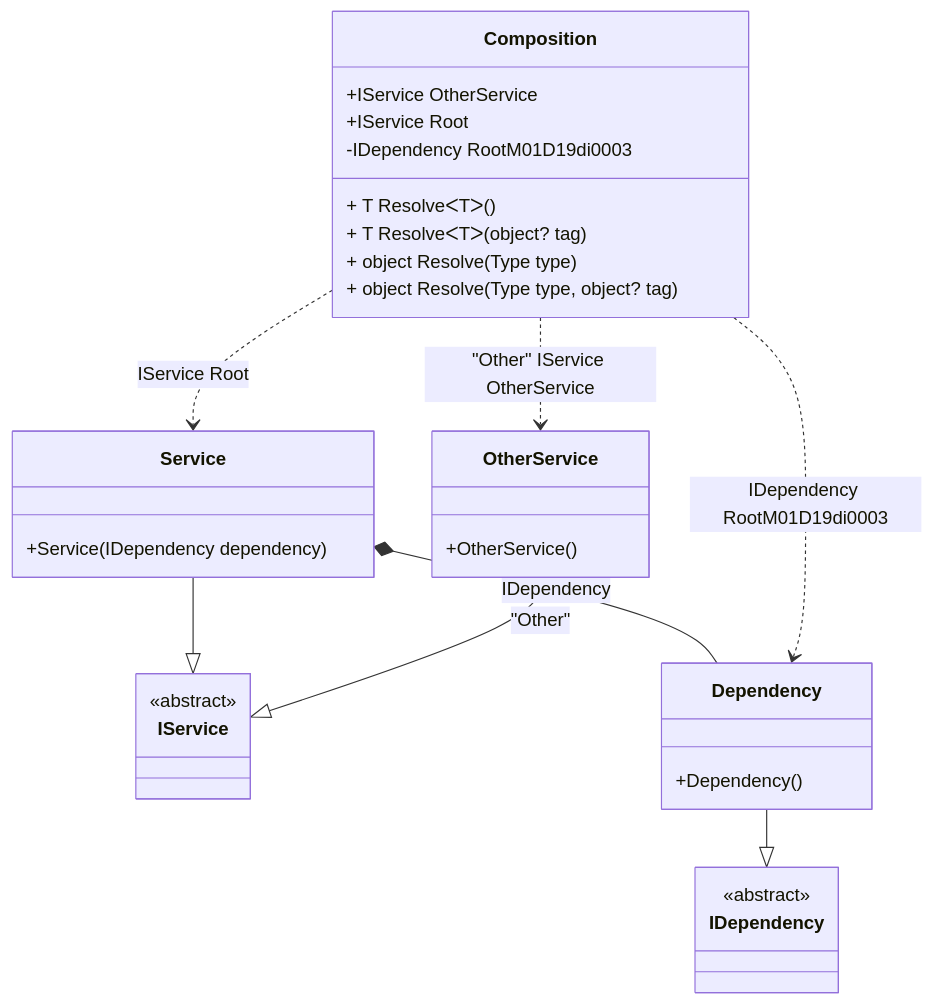
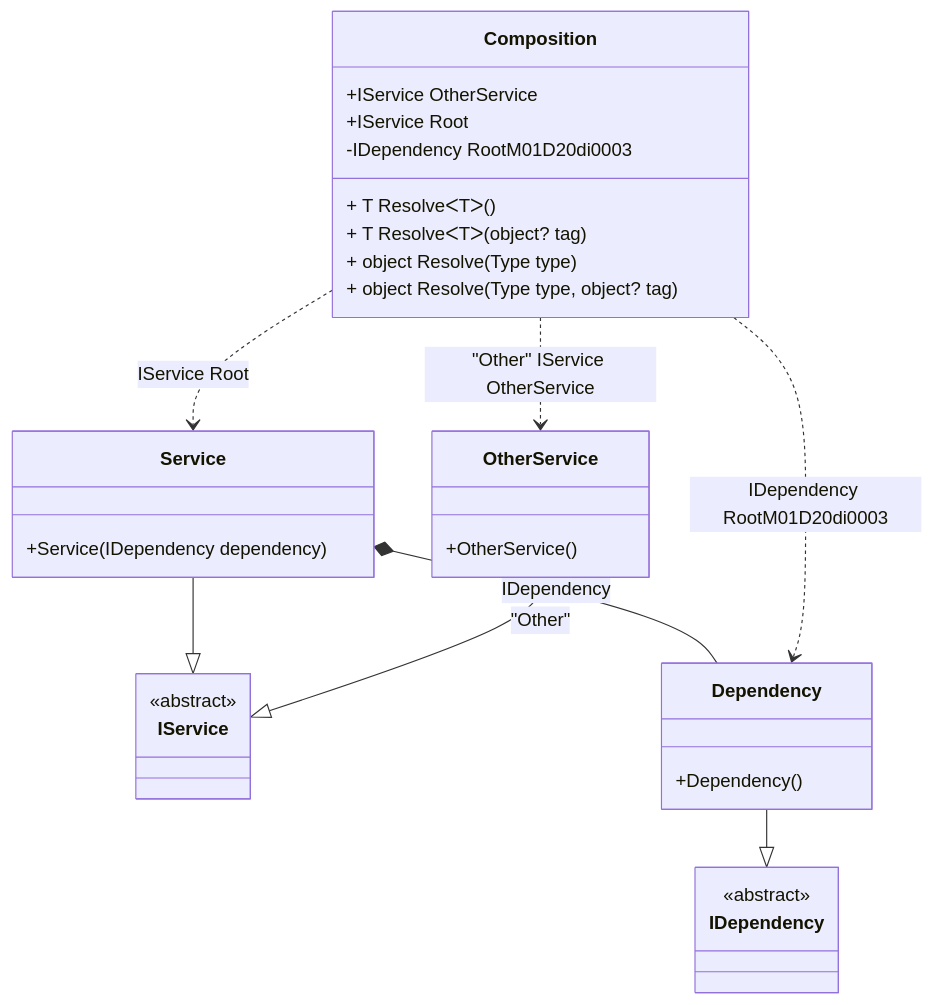
Before and after one commit to DevTeam/Pure.DI: the diagram in readme/composition-roots.md, drawn with Mermaid. The commit also changed other lines of this file and 64 other files, not shown here.

````diff
--- a/readme/composition-roots.md
+++ b/readme/composition-roots.md
@@ -43,34 +43,34 @@
 ```mermaid
 classDiagram
   class Composition {
     +IService OtherService
     +IService Root
-    -IDependency RootM01D19di0003
+    -IDependency RootM01D20di0003
     + T ResolveᐸTᐳ()
     + T ResolveᐸTᐳ(object? tag)
     + object Resolve(Type type)
     + object Resolve(Type type, object? tag)
   }
   Service --|> IService : 
   class Service {
     +Service(IDependency dependency)
   }
   OtherService --|> IService : "Other" 
   class OtherService {
     +OtherService()
   }
   Dependency --|> IDependency : 
   class Dependency {
     +Dependency()
   }
   class IService {
     <<abstract>>
   }
   class IDependency {
     <<abstract>>
   }
   Service *--  Dependency : IDependency
   Composition ..> Service : IService Root
   Composition ..> OtherService : "Other" IService OtherService
-  Composition ..> Dependency : IDependency RootM01D19di0003
+  Composition ..> Dependency : IDependency RootM01D20di0003
 ```
````
